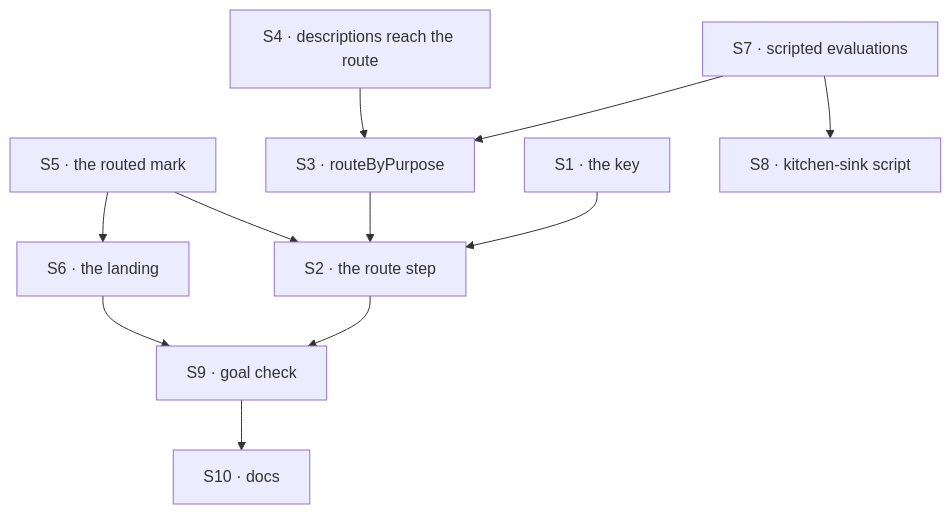
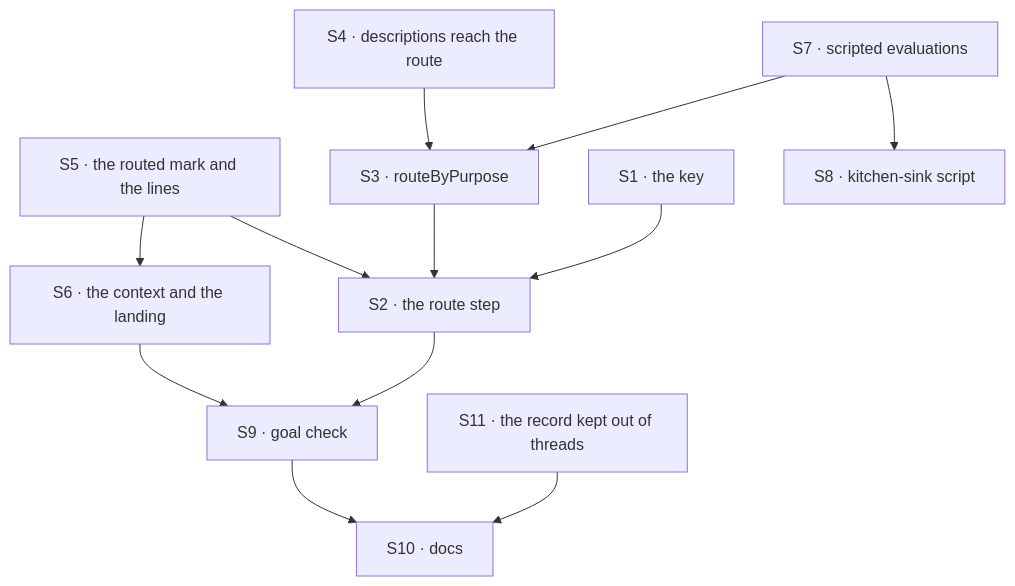
The diagram in specs/issues/FIX-1610/PLAN.md (fixpoint-labs/flow-state-dev), drawn with Mermaid before and after one commit. The commit also changed other lines of this file and 9 other files, not shown here.

````diff
--- a/specs/issues/FIX-1610/PLAN.md
+++ b/specs/issues/FIX-1610/PLAN.md
@@ -27,13 +28,14 @@
 ```mermaid
 flowchart TD
   S7["S7 · scripted evaluations"] --> S3
   S1["S1 · the key"] --> S2["S2 · the route step"]
   S4["S4 · descriptions reach the route"] --> S3["S3 · routeByPurpose"]
   S3 --> S2
-  S5["S5 · the routed mark"] --> S2
-  S5 --> S6["S6 · the landing"]
+  S5["S5 · the routed mark and the lines"] --> S2
+  S5 --> S6["S6 · the context and the landing"]
   S2 --> S9["S9 · goal check"]
   S6 --> S9
   S7 --> S8["S8 · kitchen-sink script"]
+  S11["S11 · the record kept out of threads"] --> S10
   S9 --> S10["S10 · docs"]
 ```
````
